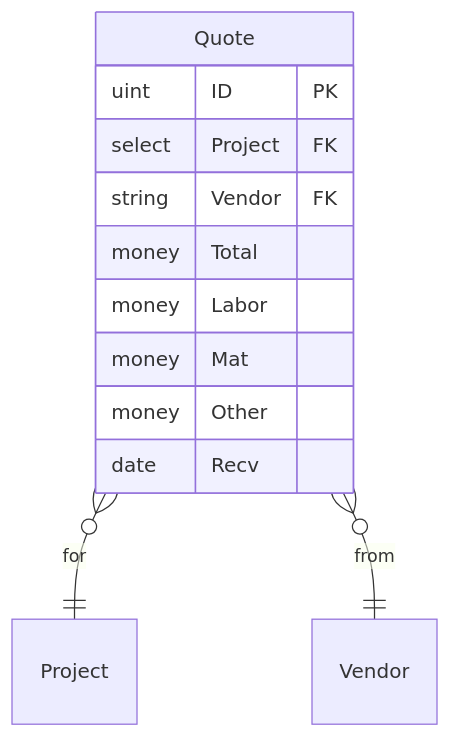
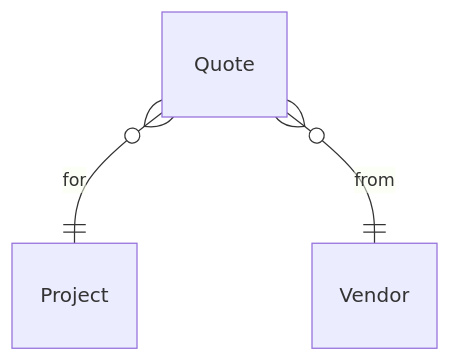
The second of 5 diagrams in docs/content/getting-started/concepts.md (cpcloud/micasa), drawn with Mermaid before and after one commit. The commit also changed other lines of this file, not shown here.

Commit message:
docs: strip field schemas from per-entity diagrams, keep relationships only

````diff
--- a/docs/content/getting-started/concepts.md
+++ b/docs/content/getting-started/concepts.md
@@ -86,15 +46,5 @@
 ```mermaid
 erDiagram
-    Quote {
-        uint ID PK
-        select Project FK
-        string Vendor FK
-        money Total
-        money Labor
-        money Mat
-        money Other
-        date Recv
-    }
     Quote }o--|| Project : "for"
     Quote }o--|| Vendor : "from"
 ```
````
